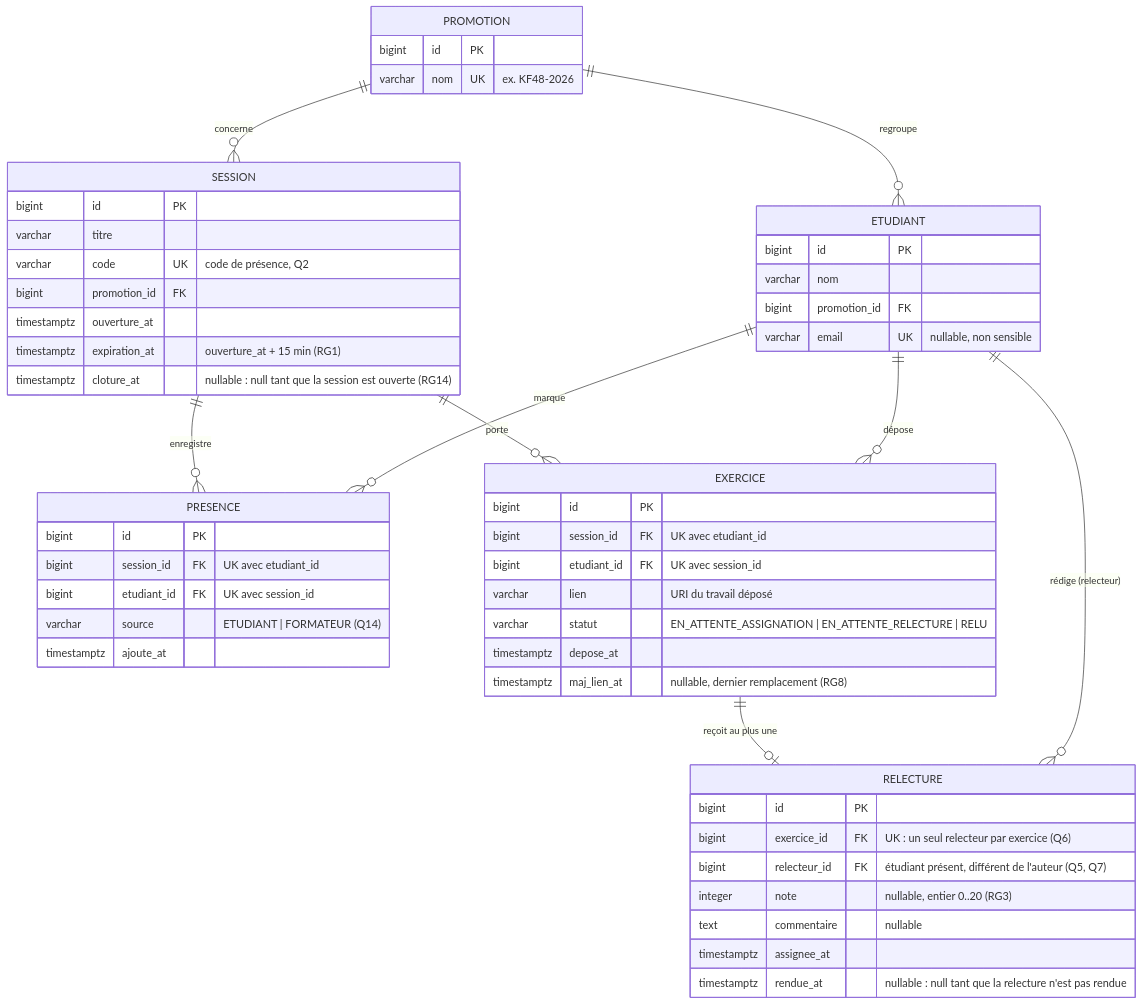
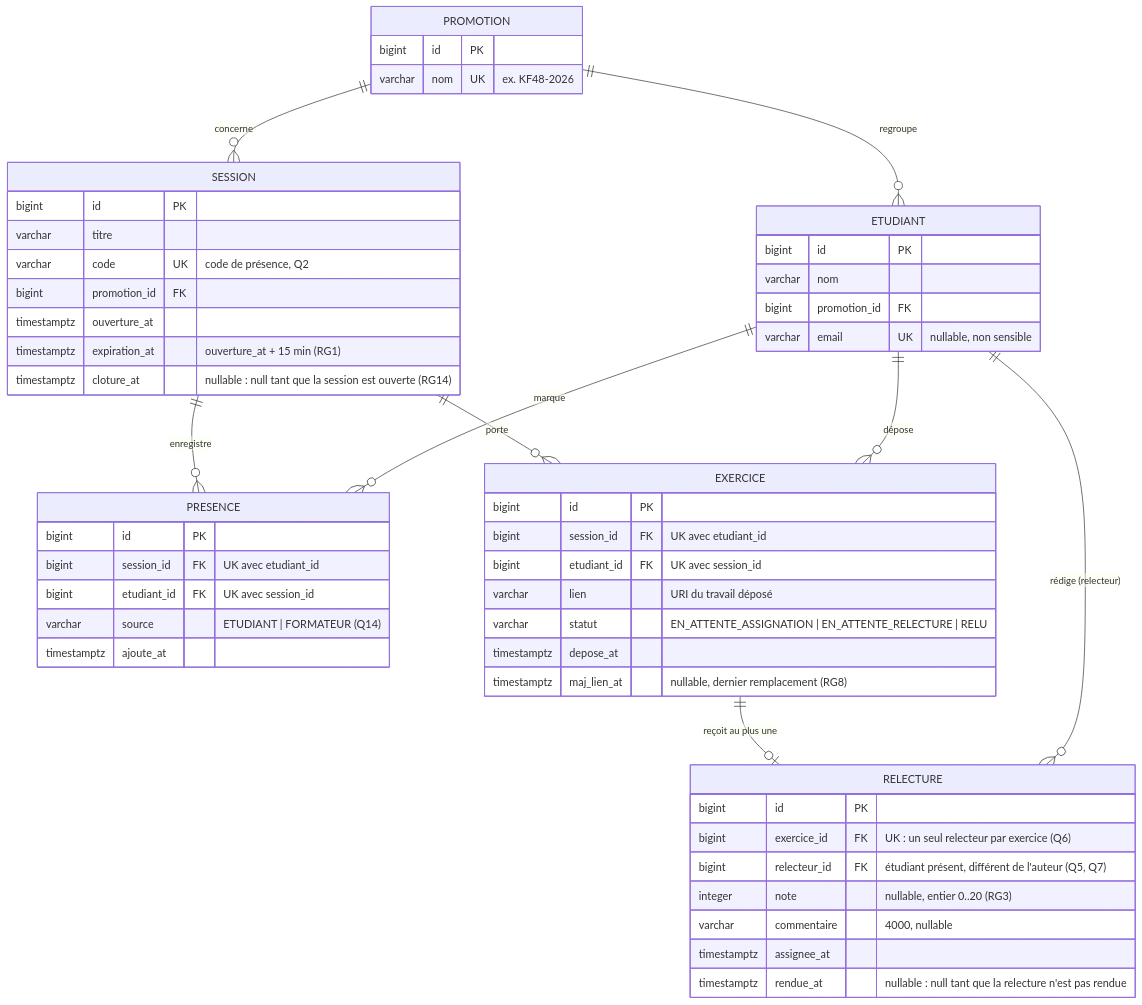
The diagram in docs/diagrammes/D2-modele-de-donnees.md (ROCHA-48/kfokam48-epreuve-245), drawn with Mermaid before and after one commit. The commit also changed 22 other files, not shown here.

````diff
--- a/docs/diagrammes/D2-modele-de-donnees.md
+++ b/docs/diagrammes/D2-modele-de-donnees.md
@@ -5,61 +5,61 @@
 ```mermaid
 erDiagram
     PROMOTION ||--o{ ETUDIANT : "regroupe"
     PROMOTION ||--o{ SESSION : "concerne"
     SESSION ||--o{ PRESENCE : "enregistre"
     ETUDIANT ||--o{ PRESENCE : "marque"
     SESSION ||--o{ EXERCICE : "porte"
     ETUDIANT ||--o{ EXERCICE : "dépose"
     EXERCICE ||--o| RELECTURE : "reçoit au plus une"
     ETUDIANT ||--o{ RELECTURE : "rédige (relecteur)"
 
     PROMOTION {
         bigint id PK
         varchar nom UK "ex. KF48-2026"
     }
 
     ETUDIANT {
         bigint id PK
         varchar nom
         bigint promotion_id FK
         varchar email UK "nullable, non sensible"
     }
 
     SESSION {
         bigint id PK
         varchar titre
         varchar code UK "code de présence, Q2"
         bigint promotion_id FK
         timestamptz ouverture_at
         timestamptz expiration_at "ouverture_at + 15 min (RG1)"
         timestamptz cloture_at "nullable : null tant que la session est ouverte (RG14)"
     }
 
     PRESENCE {
         bigint id PK
         bigint session_id FK "UK avec etudiant_id"
         bigint etudiant_id FK "UK avec session_id"
         varchar source "ETUDIANT | FORMATEUR (Q14)"
         timestamptz ajoute_at
     }
 
     EXERCICE {
         bigint id PK
         bigint session_id FK "UK avec etudiant_id"
         bigint etudiant_id FK "UK avec session_id"
         varchar lien "URI du travail déposé"
         varchar statut "EN_ATTENTE_ASSIGNATION | EN_ATTENTE_RELECTURE | RELU"
         timestamptz depose_at
         timestamptz maj_lien_at "nullable, dernier remplacement (RG8)"
     }
 
     RELECTURE {
         bigint id PK
         bigint exercice_id FK "UK : un seul relecteur par exercice (Q6)"
         bigint relecteur_id FK "étudiant présent, différent de l'auteur (Q5, Q7)"
         integer note "nullable, entier 0..20 (RG3)"
-        text commentaire "nullable"
+        varchar commentaire "4000, nullable"
         timestamptz assignee_at
         timestamptz rendue_at "nullable : null tant que la relecture n'est pas rendue"
     }
 ```
````
